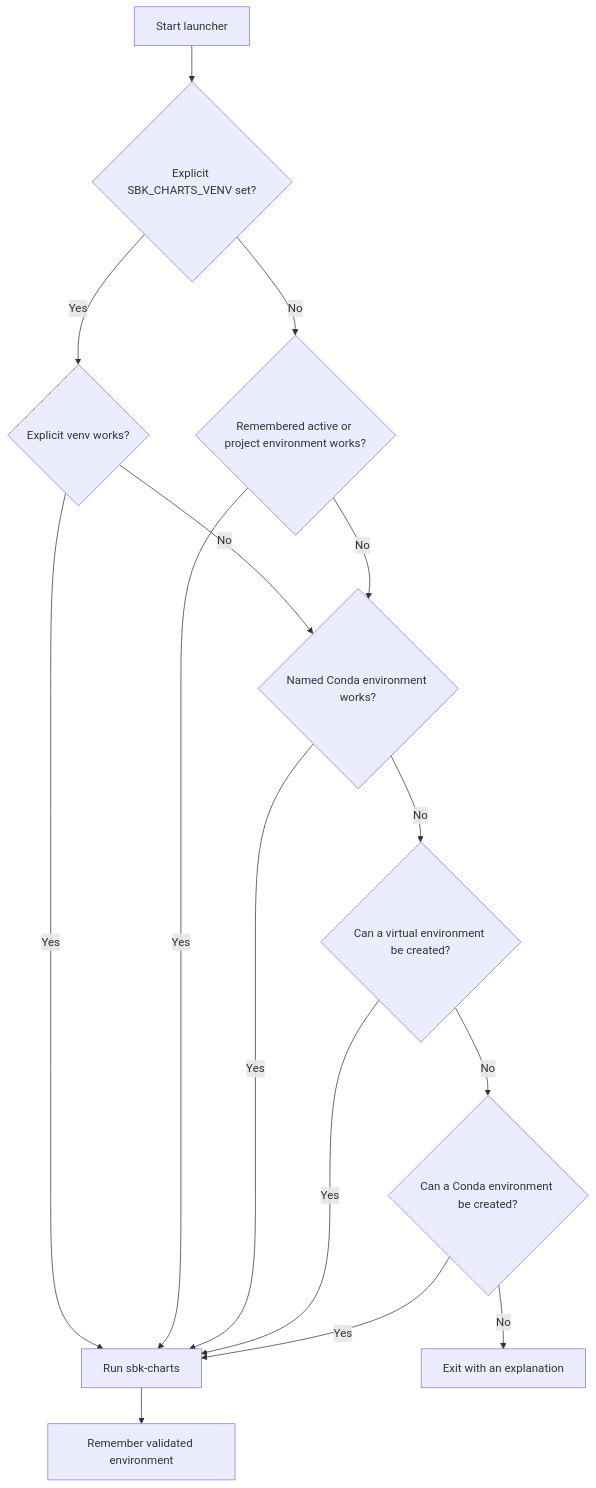
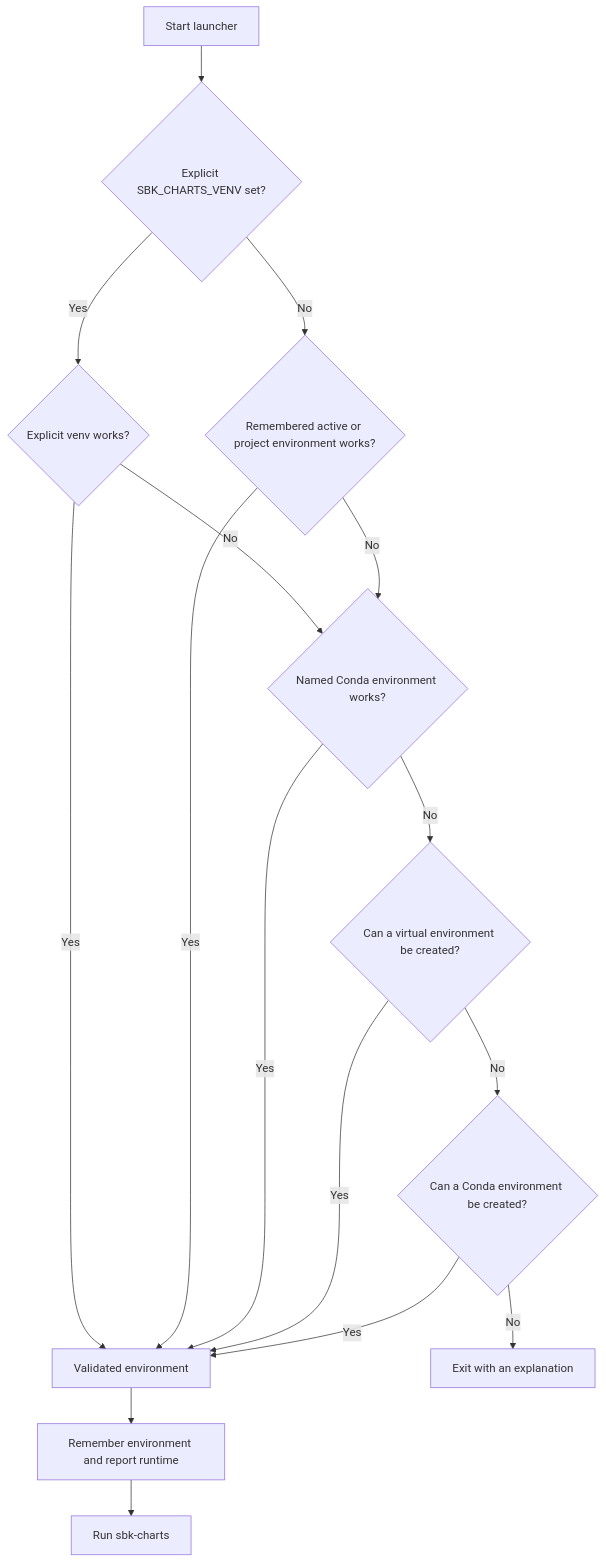
The second of 2 diagrams in README.md (kmgowda/sbk-charts), drawn with Mermaid before and after one commit.

Commit message:
Correct bootstrap diagram execution order

````diff
--- a/README.md
+++ b/README.md
@@ -233,17 +233,18 @@
 ```mermaid
 flowchart TD
     A[Start launcher] --> B{Explicit SBK_CHARTS_VENV set?}
     B -- Yes --> C{Explicit venv works?}
-    C -- Yes --> H[Run sbk-charts]
+    C -- Yes --> H[Validated environment]
     C -- No --> E{Named Conda environment works?}
     B -- No --> D{Remembered active or project environment works?}
     D -- Yes --> H
     D -- No --> E
     E -- Yes --> H
     E -- No --> F{Can a virtual environment be created?}
     F -- Yes --> H
     F -- No --> G{Can a Conda environment be created?}
     G -- Yes --> H
     G -- No --> I[Exit with an explanation]
-    H --> J[Remember validated environment]
+    H --> J[Remember environment and report runtime]
+    J --> K[Run sbk-charts]
 ```
````
